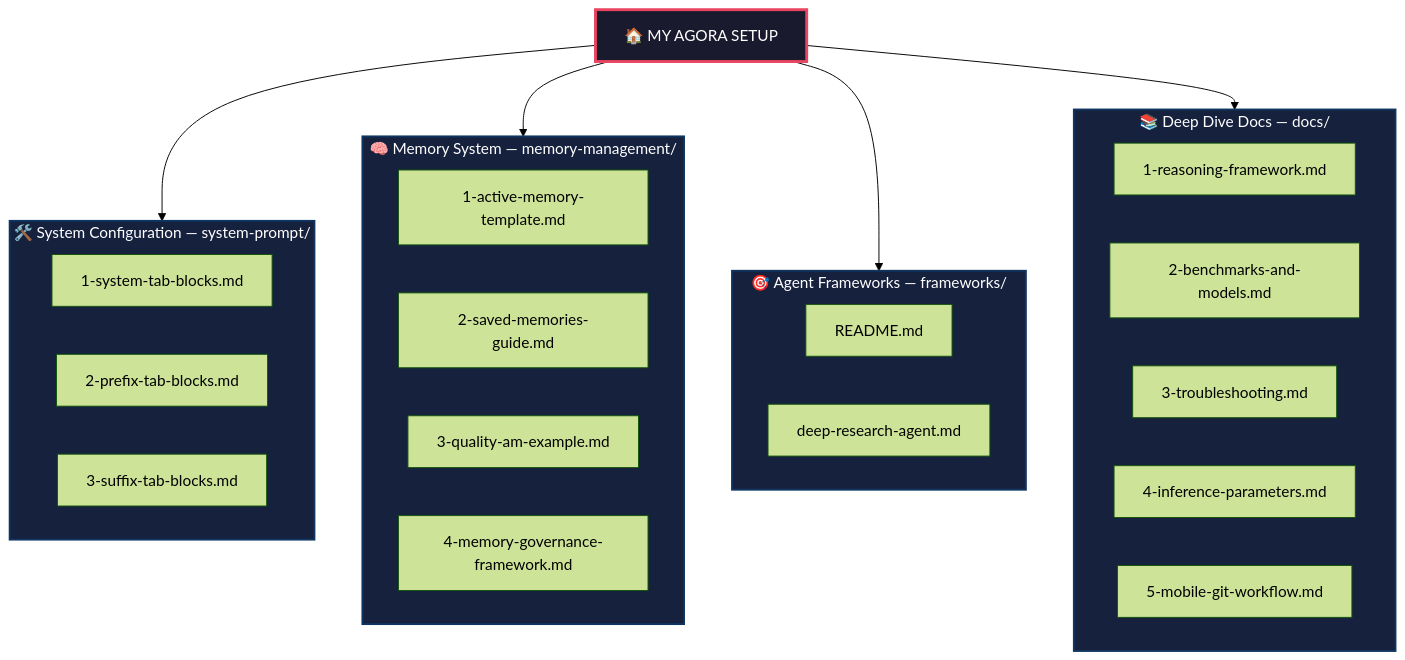
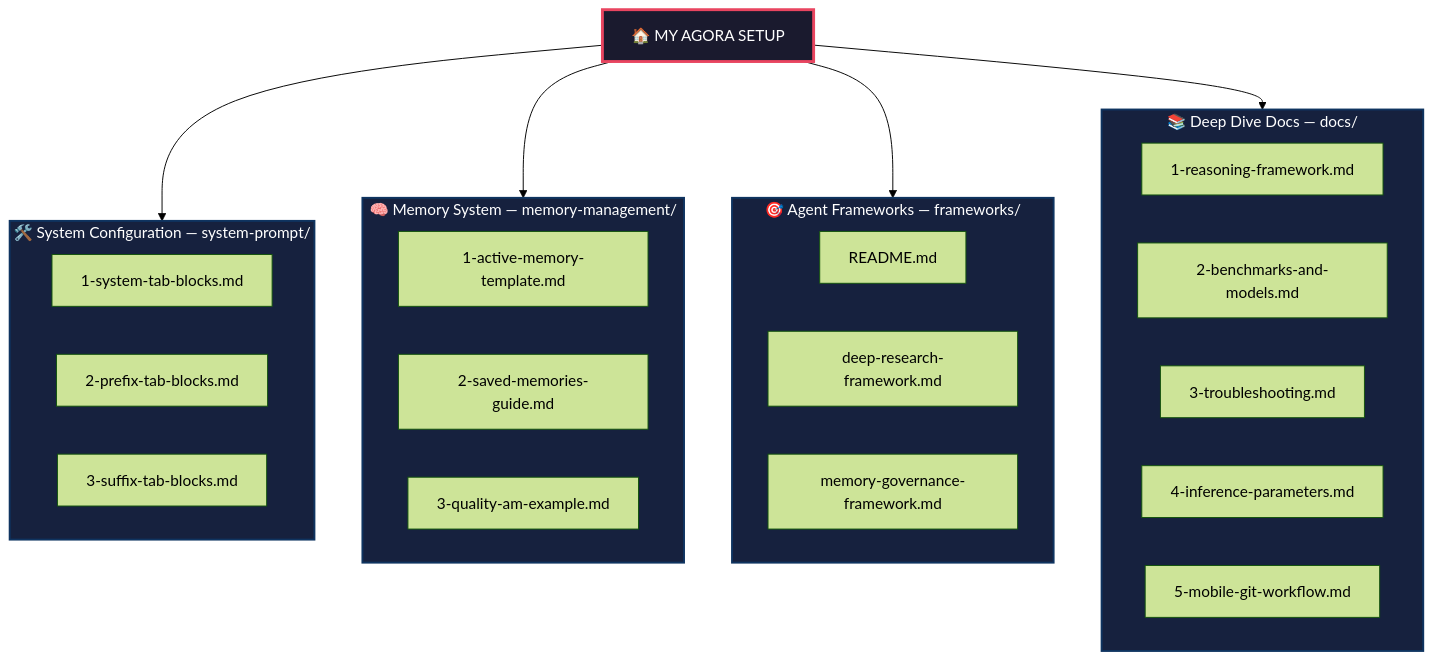
The diagram in README.md (painter99/agora-pro-setup), drawn with Mermaid (forest theme) before and after one commit. The commit also changed other lines of this file and 2 other files, not shown here.

Commit message:
docs: update cross-references after framework reorganization
- README: remove C4 from memory-management subgraph, add F3
  (memory-governance-framework) to frameworks subgraph, rename F2
  (deep-research-agent -> deep-research-framework). Update Quick
  Start step 3 and step 5 to point to the new paths.
- memory-management/1-active-memory-template.md: Companion
  Resources now points to ../frameworks/memory-governance-framework.md.
- memory-management/3-quality-am-example.md: Archive Index entry
  uses the new filename deep-research-framework.md.

````diff
--- a/README.md
+++ b/README.md
@@ -13,41 +13,41 @@
 ```mermaid
 flowchart TD
     A["🏠 MY AGORA SETUP"]
     
     subgraph sys ["🛠️ System Configuration — system-prompt/"]
         B1["1-system-tab-blocks.md"]
         B2["2-prefix-tab-blocks.md"]
         B3["3-suffix-tab-blocks.md"]
     end
     
     subgraph mem ["🧠 Memory System — memory-management/"]
         C1["1-active-memory-template.md"]
         C2["2-saved-memories-guide.md"]
         C3["3-quality-am-example.md"]
-        C4["4-memory-governance-framework.md"]
     end
 
     subgraph fwk ["🎯 Agent Frameworks — frameworks/"]
         F1["README.md"]
-        F2["deep-research-agent.md"]
+        F2["deep-research-framework.md"]
+        F3["memory-governance-framework.md"]
     end
 
     subgraph doc ["📚 Deep Dive Docs — docs/"]
         D1["1-reasoning-framework.md"]
         D2["2-benchmarks-and-models.md"]
         D3["3-troubleshooting.md"]
         D4["4-inference-parameters.md"]
         D5["5-mobile-git-workflow.md"]
     end
 
     A --> sys
     A --> mem
     A --> fwk
     A --> doc
     
     style A fill:#1a1a2e,stroke:#e94560,color:#fff,stroke-width:3px
     style sys fill:#16213e,stroke:#0f3460,color:#fff,stroke-width:2px
     style mem fill:#16213e,stroke:#0f3460,color:#fff,stroke-width:2px
     style fwk fill:#16213e,stroke:#0f3460,color:#fff,stroke-width:2px
     style doc fill:#16213e,stroke:#0f3460,color:#fff,stroke-width:2px
 ```
````
